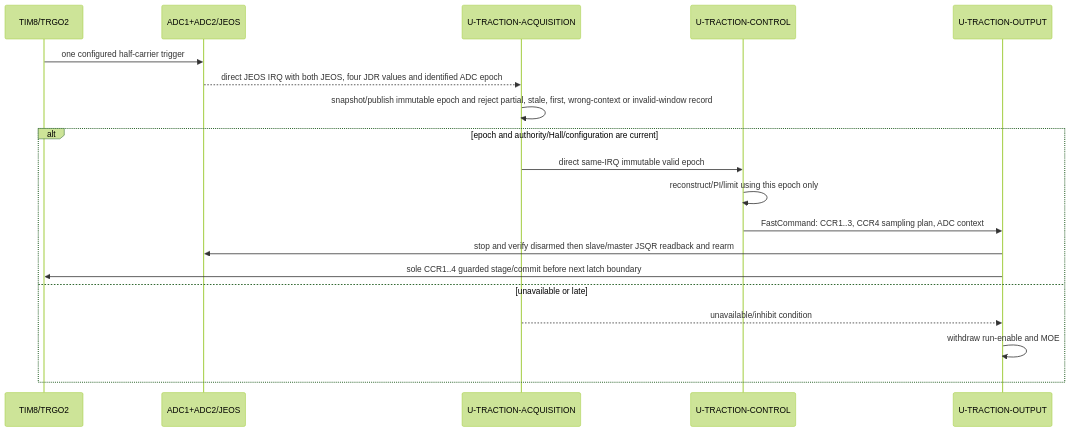
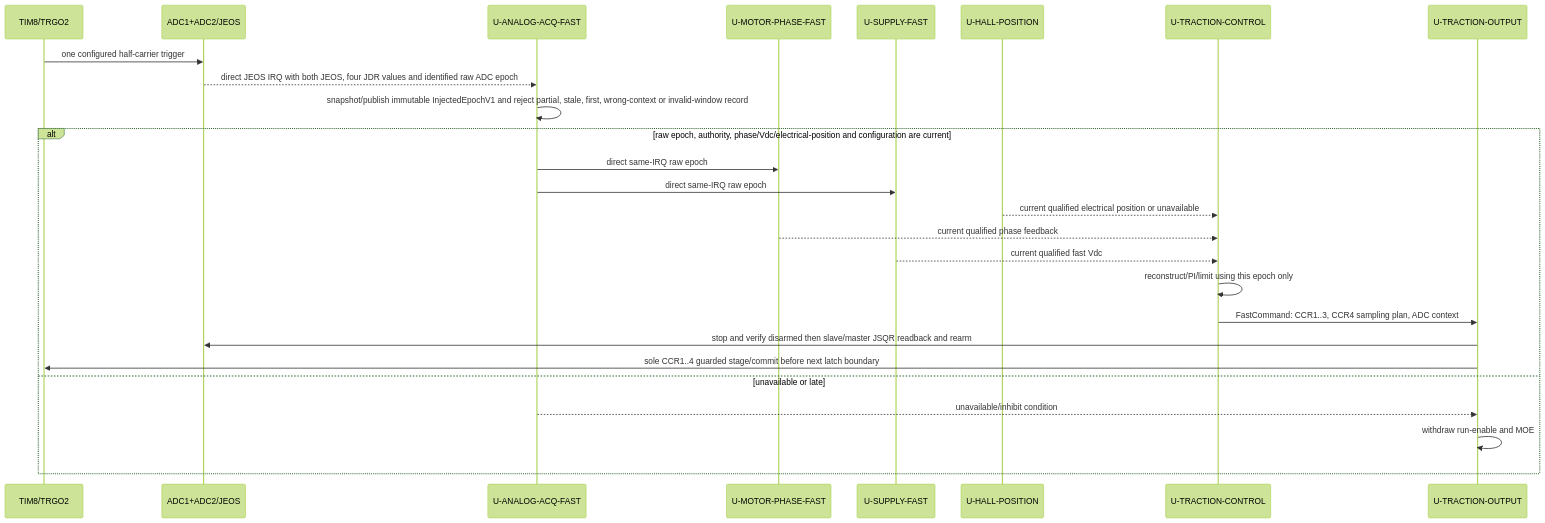
The second of 7 diagrams in .devenv/Architecture/DetailedDesign/DD-004_Dynamic_Software_Architecture_Views.md (dhellhake/X2CityMCU), drawn with Mermaid (forest theme) before and after one commit. The commit also changed other lines of this file and 71 other files, not shown here.

Commit message:
Added Data-Flow to all architecture layers

````diff
--- a/.devenv/Architecture/DetailedDesign/DD-004_Dynamic_Software_Architecture_Views.md
+++ b/.devenv/Architecture/DetailedDesign/DD-004_Dynamic_Software_Architecture_Views.md
@@ -64,21 +67,28 @@
 ```mermaid
 sequenceDiagram
     participant T8 as TIM8/TRGO2
     participant A as ADC1+ADC2/JEOS
-    participant Q as U-TRACTION-ACQUISITION
+    participant Q as U-ANALOG-ACQ-FAST
+    participant P as U-MOTOR-PHASE-FAST
+    participant V as U-SUPPLY-FAST
+    participant H as U-HALL-POSITION
     participant C as U-TRACTION-CONTROL
     participant O as U-TRACTION-OUTPUT
     T8->>A: one configured half-carrier trigger
-    A-->>Q: direct JEOS IRQ with both JEOS, four JDR values and identified ADC epoch
-    Q->>Q: snapshot/publish immutable epoch and reject partial, stale, first, wrong-context or invalid-window record
-    alt epoch and authority/Hall/configuration are current
-        Q->>C: direct same-IRQ immutable valid epoch
+    A-->>Q: direct JEOS IRQ with both JEOS, four JDR values and identified raw ADC epoch
+    Q->>Q: snapshot/publish immutable InjectedEpochV1 and reject partial, stale, first, wrong-context or invalid-window record
+    alt raw epoch, authority, phase/Vdc/electrical-position and configuration are current
+        Q->>P: direct same-IRQ raw epoch
+        Q->>V: direct same-IRQ raw epoch
+        H-->>C: current qualified electrical position or unavailable
+        P-->>C: current qualified phase feedback
+        V-->>C: current qualified fast Vdc
         C->>C: reconstruct/PI/limit using this epoch only
         C->>O: FastCommand: CCR1..3, CCR4 sampling plan, ADC context
         O->>A: stop and verify disarmed then slave/master JSQR readback and rearm
         O->>T8: sole CCR1..4 guarded stage/commit before next latch boundary
     else unavailable or late
         Q-->>O: unavailable/inhibit condition
         O->>O: withdraw run-enable and MOE
     end
 ```
````
